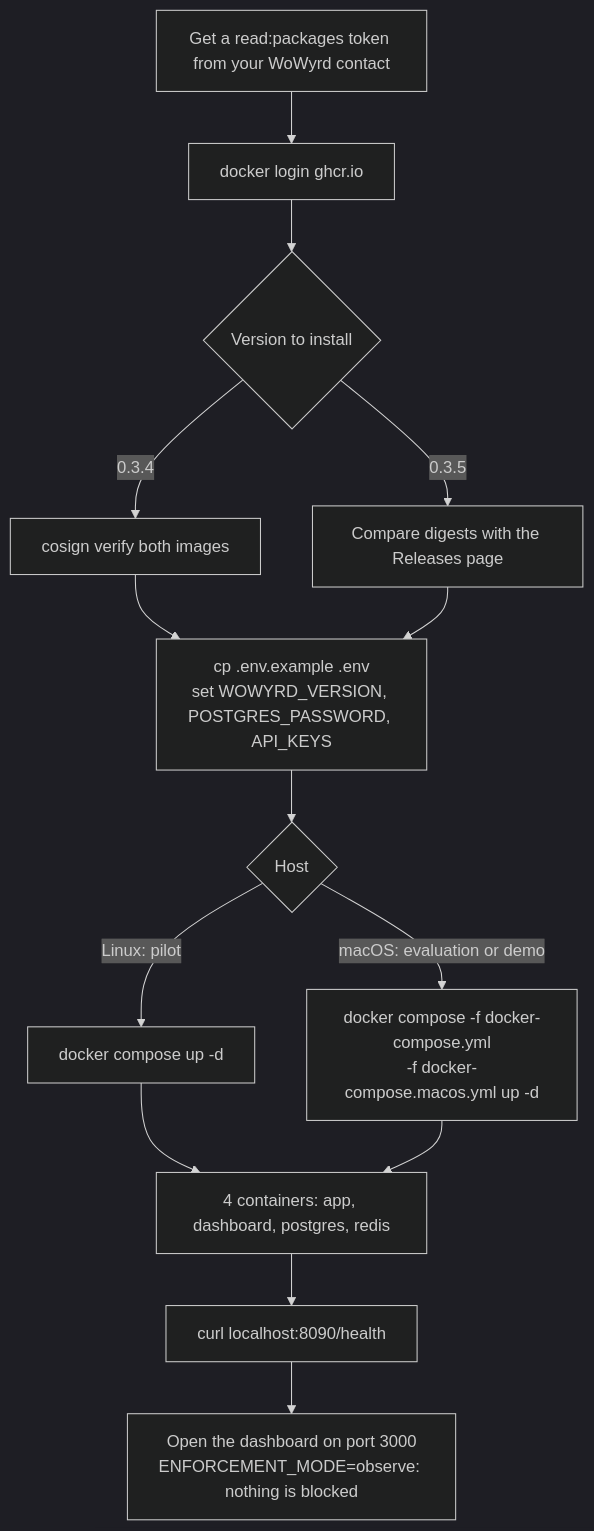
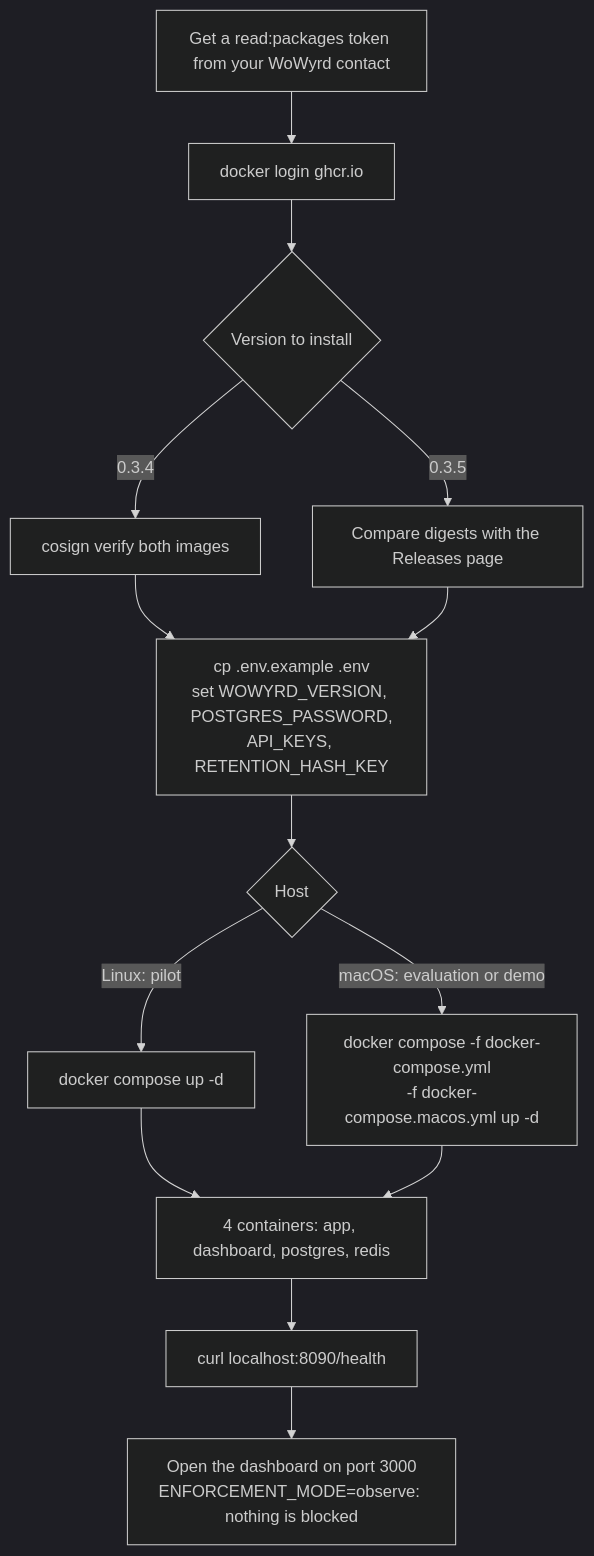
Before and after one commit to chavychaze/wowyrd-pub: the first of 2 diagrams in INSTALL.md, drawn with Mermaid (dark theme).

Commit message:
INSTALL.md: install-flow diagram names RETENTION_HASH_KEY
Matches the step-4 text from 29762c7. Standing push approval (no new claim).

Claude-Session: https://claude.ai/code/session_01E8TcZiNQQtRgAobggmXELk

````diff
--- a/INSTALL.md
+++ b/INSTALL.md
@@ -35,16 +35,16 @@
 ```mermaid
 flowchart TD
     A[Get a read:packages token from your WoWyrd contact] --> B[docker login ghcr.io]
     B --> C{Version to install}
     C -->|0.3.4| D[cosign verify both images]
     C -->|0.3.5| E[Compare digests with the Releases page]
-    D --> F[cp .env.example .env<br/>set WOWYRD_VERSION, POSTGRES_PASSWORD, API_KEYS]
+    D --> F[cp .env.example .env<br/>set WOWYRD_VERSION, POSTGRES_PASSWORD,<br/>API_KEYS, RETENTION_HASH_KEY]
     E --> F
     F --> G{Host}
     G -->|Linux: pilot| H[docker compose up -d]
     G -->|macOS: evaluation or demo| I[docker compose -f docker-compose.yml<br/>-f docker-compose.macos.yml up -d]
     H --> J[4 containers: app, dashboard, postgres, redis]
     I --> J
     J --> K[curl localhost:8090/health]
     K --> L[Open the dashboard on port 3000<br/>ENFORCEMENT_MODE=observe: nothing is blocked]
 ```
````
